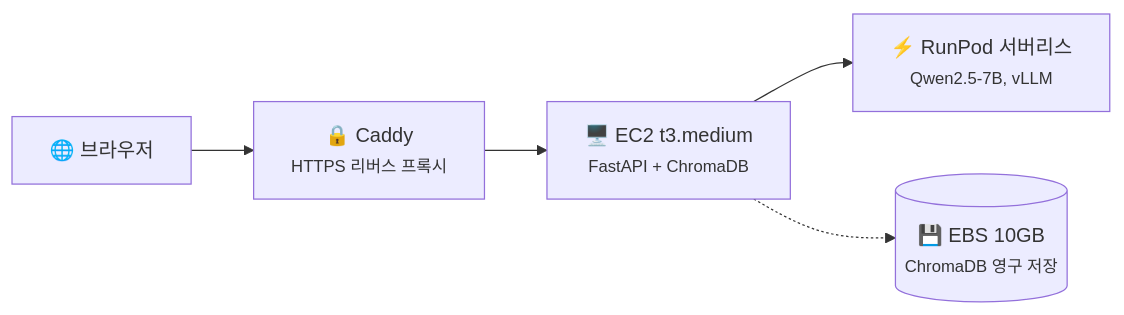
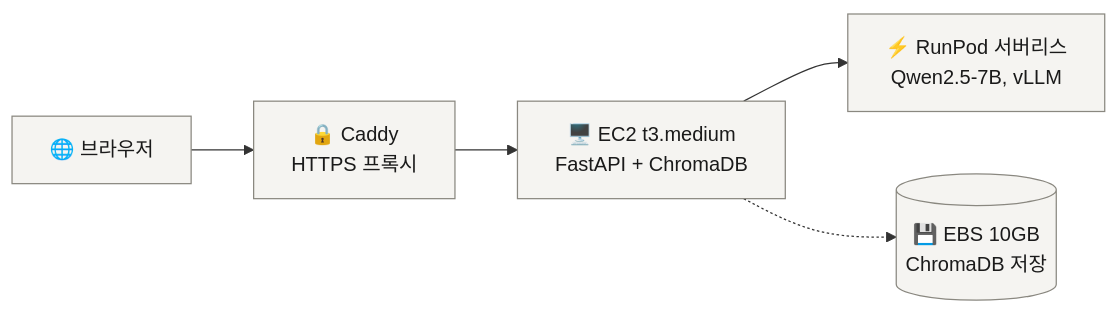
One commit to MachuEngine/bunpil changed the fourth of 4 diagrams in README.md. Above: the diagram before and after it, drawn with Mermaid. The commit also changed other lines of this file, not shown here.

First line of the commit message:
docs: README Mermaid 다이어그램 텍스트 잘림 수정 + 색상·레이아웃 정리

````diff
--- a/README.md
+++ b/README.md
@@ -328,7 +345,15 @@
 ```mermaid
 flowchart LR
-    Browser["🌐 브라우저"] --> Caddy["🔒 Caddy<br/><small>HTTPS 리버스 프록시</small>"]
-    Caddy --> EC2["🖥️ EC2 t3.medium<br/><small>FastAPI + ChromaDB</small>"]
-    EC2 --> RunPod["⚡ RunPod 서버리스<br/><small>Qwen2.5-7B, vLLM</small>"]
-    EC2 -.-> EBS[("💾 EBS 10GB<br/><small>ChromaDB 영구 저장</small>")]
+    Browser["🌐 브라우저"]
+    Caddy["🔒 Caddy<br/>HTTPS 프록시"]
+    EC2["🖥️ EC2 t3.medium<br/>FastAPI + ChromaDB"]
+    RunPod["⚡ RunPod 서버리스<br/>Qwen2.5-7B, vLLM"]
+    EBS[("💾 EBS 10GB<br/>ChromaDB 저장")]
+
+    Browser --> Caddy --> EC2 --> RunPod
+    EC2 -.-> EBS
+
+    class Browser,Caddy,EC2,RunPod,EBS neutral
+
+    classDef neutral fill:#F5F4F1,stroke:#8A8880,stroke-width:1px,color:#1A1A1A
 ```
````
